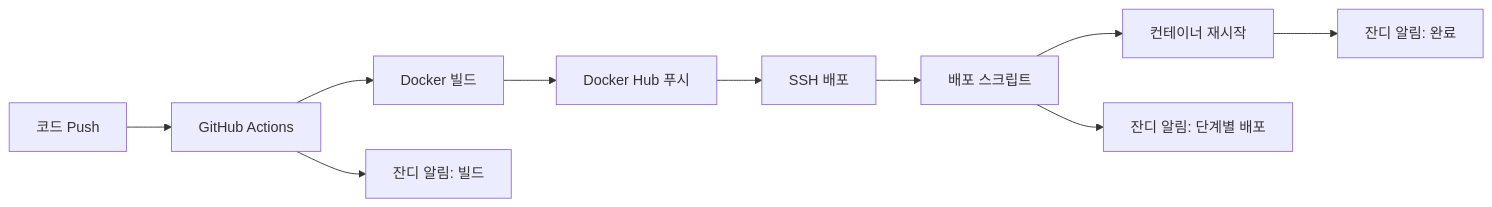
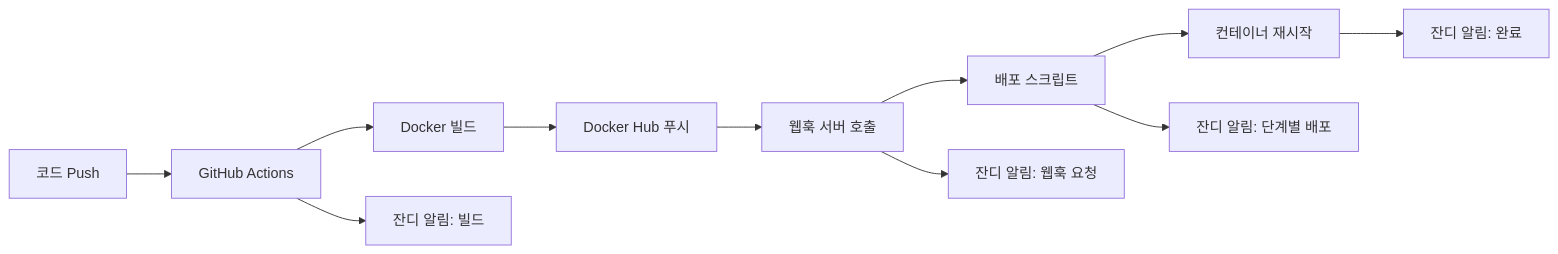
Before and after one commit to park6711/testpark: the diagram in DEPLOYMENT.md, drawn with Mermaid. The commit also changed other lines of this file and 6 other files, not shown here.

````diff
--- a/DEPLOYMENT.md
+++ b/DEPLOYMENT.md
@@ -48,13 +48,14 @@
 ```mermaid
 graph LR
     A[코드 Push] --> B[GitHub Actions]
     B --> C[Docker 빌드]
     C --> D[Docker Hub 푸시]
-    D --> E[SSH 배포]
+    D --> E[웹훅 서버 호출]
     E --> F[배포 스크립트]
     F --> G[컨테이너 재시작]
 
     B --> H[잔디 알림: 빌드]
-    F --> I[잔디 알림: 단계별 배포]
-    G --> J[잔디 알림: 완료]
+    E --> I[잔디 알림: 웹훅 요청]
+    F --> J[잔디 알림: 단계별 배포]
+    G --> K[잔디 알림: 완료]
 ```
````
